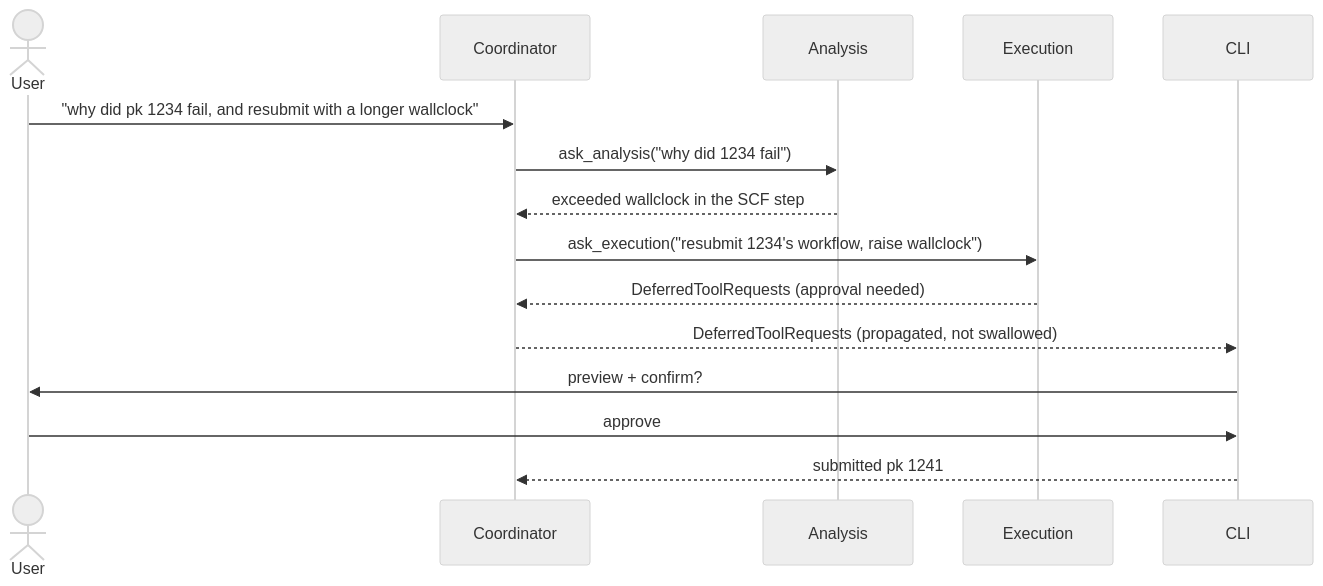
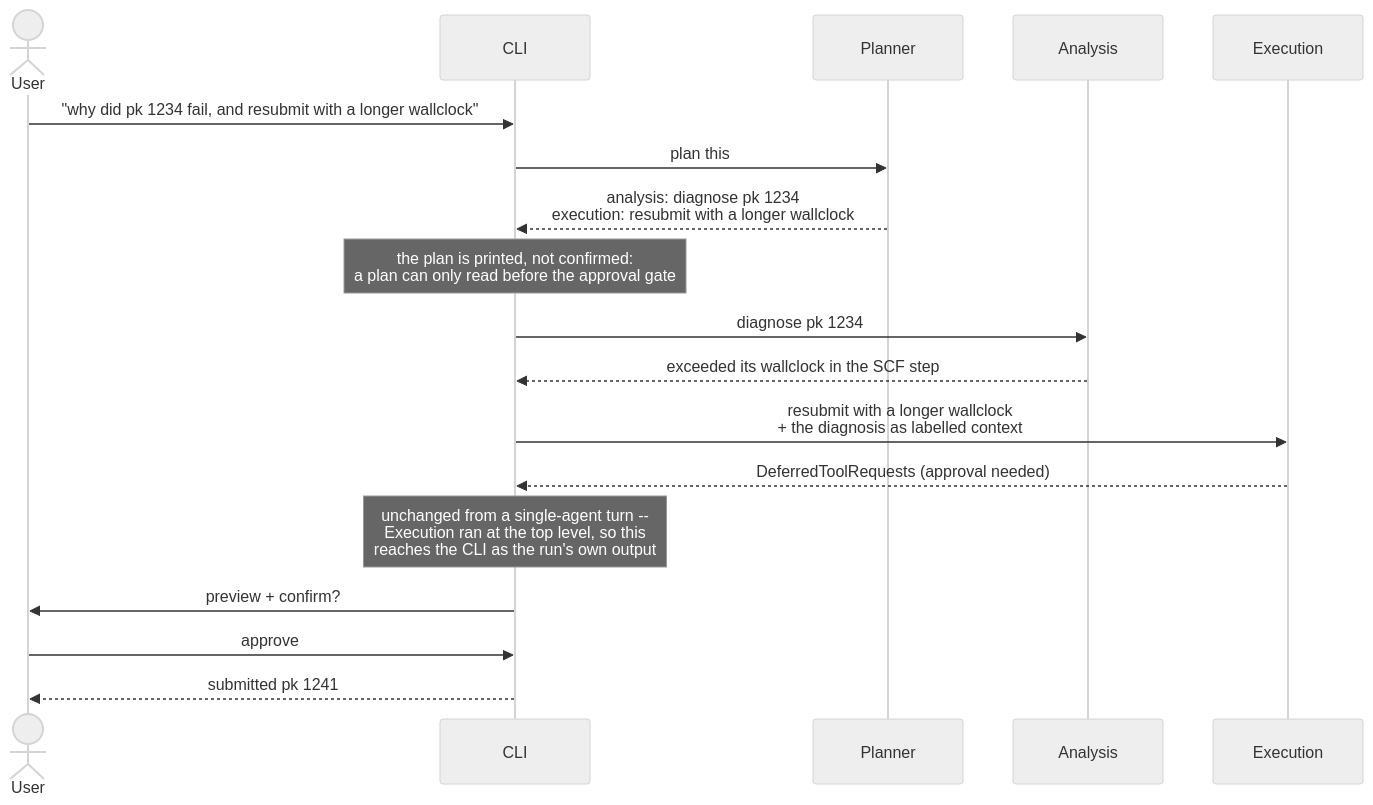
One commit to GeigerJ2/aiida-agents changed the diagram in docs/adr/09-agent-orchestration.md. Above: the diagram before and after it, drawn with Mermaid (neutral theme). The commit also changed other lines of this file and 12 other files, not shown here.

First line of the commit message:
✨ planner: run a request as a plan across specialists, not just one of them (#50)

````diff
--- a/docs/adr/09-agent-orchestration.md
+++ b/docs/adr/09-agent-orchestration.md
@@ -47,18 +53,22 @@
 ```mermaid
 sequenceDiagram
     actor User
-    participant C as Coordinator
+    participant CLI
+    participant P as Planner
     participant A as Analysis
     participant E as Execution
-    participant CLI
 
-    User->>C: "why did pk 1234 fail, and resubmit with a longer wallclock"
-    C->>A: ask_analysis("why did 1234 fail")
-    A-->>C: exceeded wallclock in the SCF step
-    C->>E: ask_execution("resubmit 1234's workflow, raise wallclock")
-    E-->>C: DeferredToolRequests (approval needed)
-    C-->>CLI: DeferredToolRequests (propagated, not swallowed)
+    User->>CLI: "why did pk 1234 fail, and resubmit with a longer wallclock"
+    CLI->>P: plan this
+    P-->>CLI: analysis: diagnose pk 1234<br/>execution: resubmit with a longer wallclock
+    Note over CLI: the plan is printed, not confirmed:<br/>a plan can only read before the approval gate
+
+    CLI->>A: diagnose pk 1234
+    A-->>CLI: exceeded its wallclock in the SCF step
+    CLI->>E: resubmit with a longer wallclock<br/>+ the diagnosis as labelled context
+    E-->>CLI: DeferredToolRequests (approval needed)
+    Note over CLI: unchanged from a single-agent turn --<br/>Execution ran at the top level, so this<br/>reaches the CLI as the run's own output
     CLI->>User: preview + confirm?
     User->>CLI: approve
-    CLI-->>C: submitted pk 1241
+    CLI-->>User: submitted pk 1241
 ```
````
